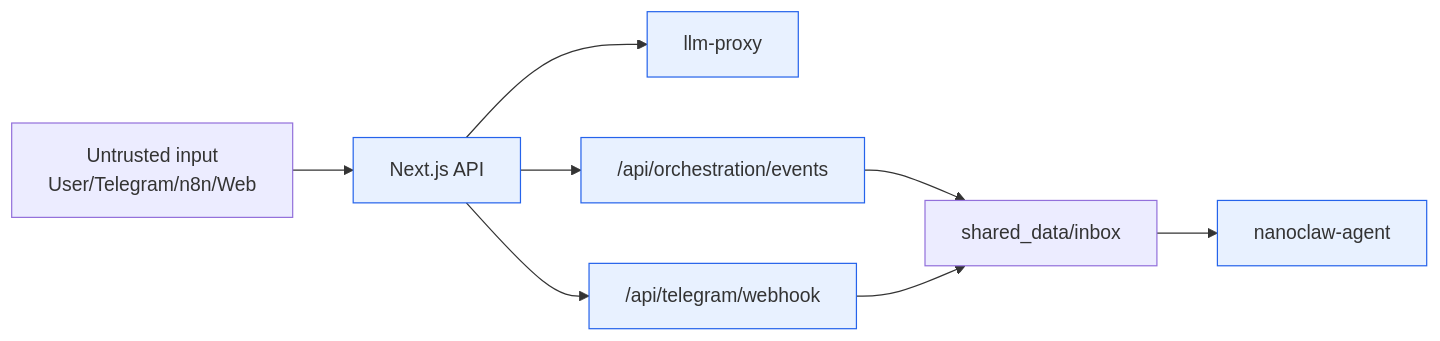
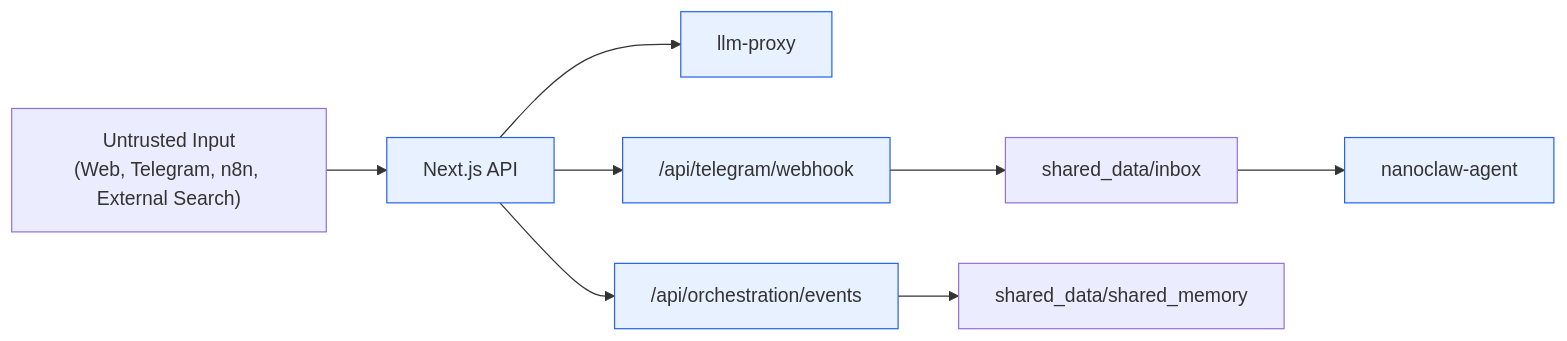
Before and after one commit to Merchantlee99/Personal-AI-agent-v2: the first of 2 diagrams in docs/SECURITY_BASELINE.md, drawn with Mermaid. The commit also changed other lines of this file and 9 other files, not shown here.

````diff
--- a/docs/SECURITY_BASELINE.md
+++ b/docs/SECURITY_BASELINE.md
@@ -15,13 +13,13 @@
 ```mermaid
 flowchart LR
-  EXT["Untrusted input\nUser/Telegram/n8n/Web"] --> API["Next.js API"]
+  EXT["Untrusted Input\n(Web, Telegram, n8n, External Search)"] --> API["Next.js API"]
   API --> PX["llm-proxy"]
   API --> ORCH["/api/orchestration/events"]
   API --> TGCB["/api/telegram/webhook"]
-  ORCH --> INBOX["shared_data/inbox"]
-  TGCB --> INBOX
+  TGCB --> INBOX["shared_data/inbox"]
+  ORCH --> MEM["shared_data/shared_memory"]
   INBOX --> AG["nanoclaw-agent"]
 
   classDef trusted fill:#e8f1ff,stroke:#2563eb,stroke-width:1px;
   class API,PX,ORCH,TGCB,AG trusted;
 ```
````
